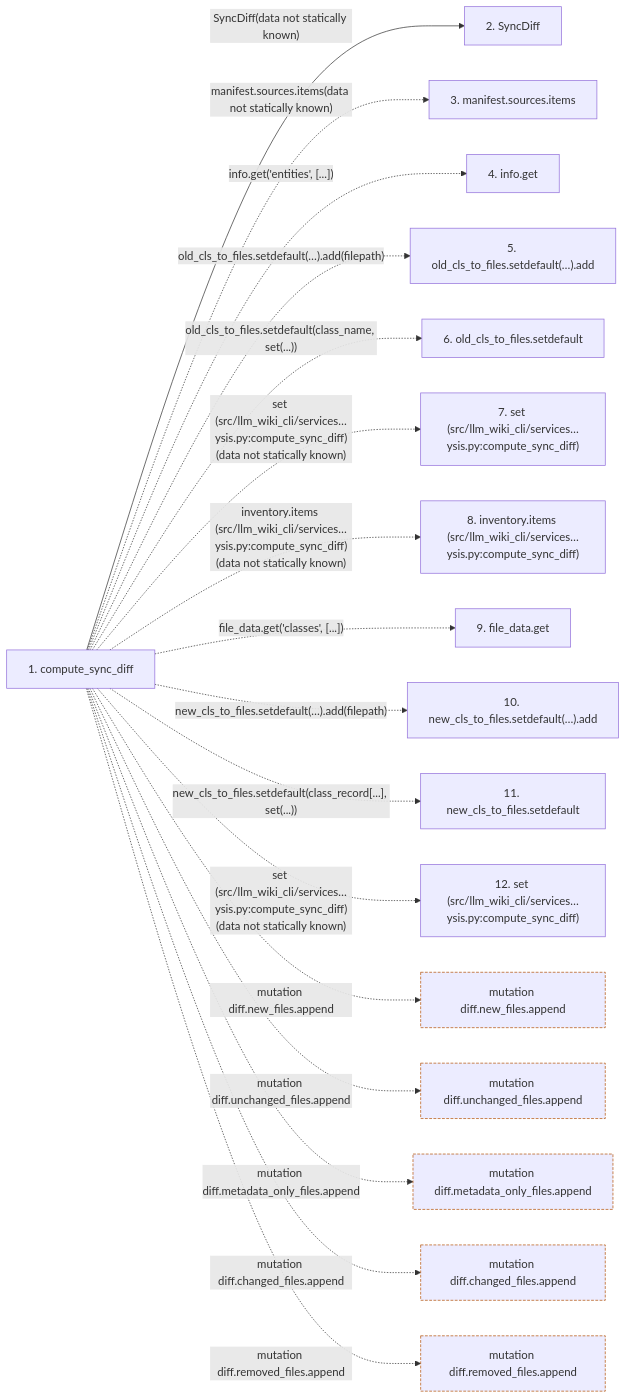
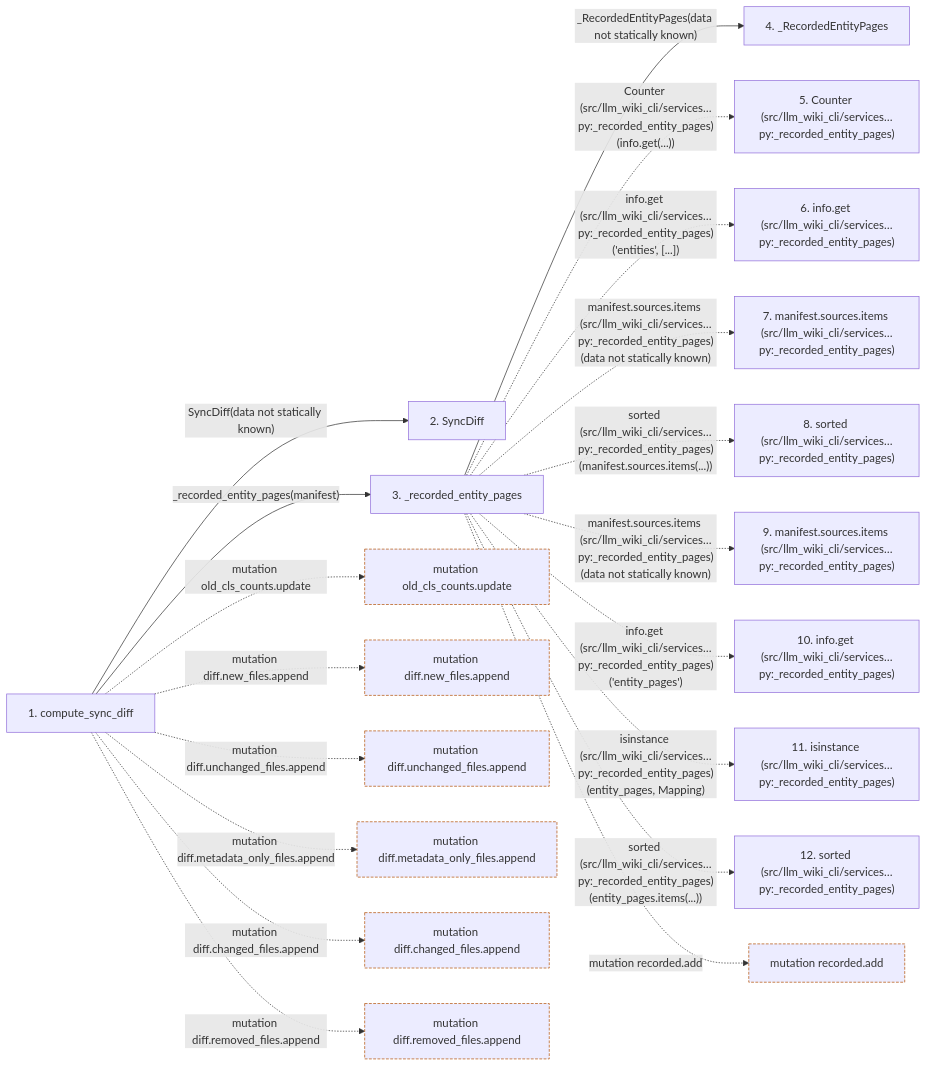
Before and after one commit to Denissvgn/python-wiki-llm: the second of 2 diagrams in docs/llm_wiki/flows/api-compute_sync_diff.md, drawn with Mermaid. The commit also changed other lines of this file and 490 other files, not shown here.

First line of the commit message:
Prepare v2.3.2: preserve sync page ownership and repair missing pages (#42)

````diff
--- a/docs/llm_wiki/flows/api-compute_sync_diff.md
+++ b/docs/llm_wiki/flows/api-compute_sync_diff.md
@@ -76,44 +67,52 @@
 ```mermaid
 flowchart LR
     s1["1. compute_sync_diff"]
     s2["2. SyncDiff"]
-    s3["3. manifest.sources.items"]
-    s4["4. info.get"]
-    s5["5. old_cls_to_files.setdefault(…).add"]
-    s6["6. old_cls_to_files.setdefault"]
-    s7["7. set (src/llm_wiki_cli/services…ysis.py:compute_sync_diff)"]
-    s8["8. inventory.items (src/llm_wiki_cli/services…ysis.py:compute_sync_diff)"]
-    s9["9. file_data.get"]
-    s10["10. new_cls_to_files.setdefault(…).add"]
-    s11["11. new_cls_to_files.setdefault"]
-    s12["12. set (src/llm_wiki_cli/services…ysis.py:compute_sync_diff)"]
+    s3["3. _recorded_entity_pages"]
+    s4["4. _RecordedEntityPages"]
+    s5["5. Counter (src/llm_wiki_cli/services…py:_recorded_entity_pages)"]
+    s6["6. info.get (src/llm_wiki_cli/services…py:_recorded_entity_pages)"]
+    s7["7. manifest.sources.items (src/llm_wiki_cli/services…py:_recorded_entity_pages)"]
+    s8["8. sorted (src/llm_wiki_cli/services…py:_recorded_entity_pages)"]
+    s9["9. manifest.sources.items (src/llm_wiki_cli/services…py:_recorded_entity_pages)"]
+    s10["10. info.get (src/llm_wiki_cli/services…py:_recorded_entity_pages)"]
+    s11["11. isinstance (src/llm_wiki_cli/services…py:_recorded_entity_pages)"]
+    s12["12. sorted (src/llm_wiki_cli/services…py:_recorded_entity_pages)"]
     s1 -->|"SyncDiff(data not statically known)"| s2
-    s1 -. "manifest.sources.items(data not statically known)" .-> s3
-    s1 -. "info.get('entities', [...])" .-> s4
-    s1 -. "old_cls_to_files.setdefault(…).add(filepath)" .-> s5
-    s1 -. "old_cls_to_files.setdefault(class_name, set(...))" .-> s6
-    s1 -. "set (src/llm_wiki_cli/services…ysis.py:compute_sync_diff)(data not statically known)" .-> s7
-    s1 -. "inventory.items (src/llm_wiki_cli/services…ysis.py:compute_sync_diff)(data not statically known)" .-> s8
-    s1 -. "file_data.get('classes', [...])" .-> s9
-    s1 -. "new_cls_to_files.setdefault(…).add(filepath)" .-> s10
-    s1 -. "new_cls_to_files.setdefault(class_record[...], set(...))" .-> s11
-    s1 -. "set (src/llm_wiki_cli/services…ysis.py:compute_sync_diff)(data not statically known)" .-> s12
-    b0["mutation diff.new_files.append"]
-    s1 -. "mutation diff.new_files.append" .-> b0
-    b1["mutation diff.unchanged_files.append"]
-    s1 -. "mutation diff.unchanged_files.append" .-> b1
-    b2["mutation diff.metadata_only_files.append"]
-    s1 -. "mutation diff.metadata_only_files.append" .-> b2
-    b3["mutation diff.changed_files.append"]
-    s1 -. "mutation diff.changed_files.append" .-> b3
-    b4["mutation diff.removed_files.append"]
-    s1 -. "mutation diff.removed_files.append" .-> b4
+    s1 -->|"_recorded_entity_pages(manifest)"| s3
+    s3 -->|"_RecordedEntityPages(data not statically known)"| s4
+    s3 -. "Counter (src/llm_wiki_cli/services…py:_recorded_entity_pages)(info.get(...))" .-> s5
+    s3 -. "info.get (src/llm_wiki_cli/services…py:_recorded_entity_pages)('entities', [...])" .-> s6
+    s3 -. "manifest.sources.items (src/llm_wiki_cli/services…py:_recorded_entity_pages)(data not statically known)" .-> s7
+    s3 -. "sorted (src/llm_wiki_cli/services…py:_recorded_entity_pages)(manifest.sources.items(...))" .-> s8
+    s3 -. "manifest.sources.items (src/llm_wiki_cli/services…py:_recorded_entity_pages)(data not statically known)" .-> s9
+    s3 -. "info.get (src/llm_wiki_cli/services…py:_recorded_entity_pages)('entity_pages')" .-> s10
+    s3 -. "isinstance (src/llm_wiki_cli/services…py:_recorded_entity_pages)(entity_pages, Mapping)" .-> s11
+    s3 -. "sorted (src/llm_wiki_cli/services…py:_recorded_entity_pages)(entity_pages.items(...))" .-> s12
+    b0["mutation old_cls_counts.update"]
+    s1 -. "mutation old_cls_counts.update" .-> b0
+    b1["mutation diff.new_files.append"]
+    s1 -. "mutation diff.new_files.append" .-> b1
+    b2["mutation diff.unchanged_files.append"]
+    s1 -. "mutation diff.unchanged_files.append" .-> b2
+    b3["mutation diff.metadata_only_files.append"]
+    s1 -. "mutation diff.metadata_only_files.append" .-> b3
+    b4["mutation diff.changed_files.append"]
+    s1 -. "mutation diff.changed_files.append" .-> b4
+    b5["mutation diff.removed_files.append"]
+    s1 -. "mutation diff.removed_files.append" .-> b5
+    b6["mutation recorded.add"]
+    s3 -. "mutation recorded.add" .-> b6
     click s1 "../modules/sync_analysis.md"
     click s2 "../modules/sync_analysis.md"
+    click s3 "../modules/sync_analysis.md"
+    click s4 "../modules/sync_analysis.md"
     classDef boundary stroke:#b45309,stroke-dasharray: 4 2
     class b0 boundary
     class b1 boundary
     class b2 boundary
     class b3 boundary
     class b4 boundary
+    class b5 boundary
+    class b6 boundary
 ```
````
